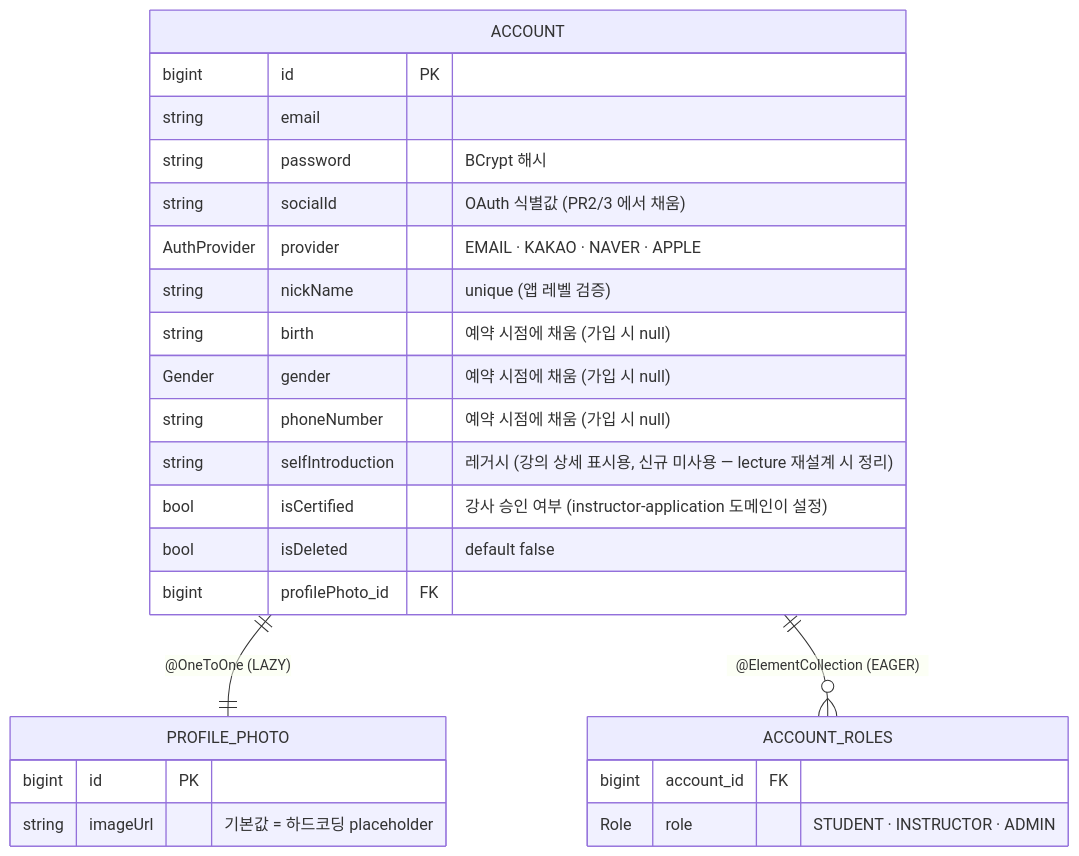
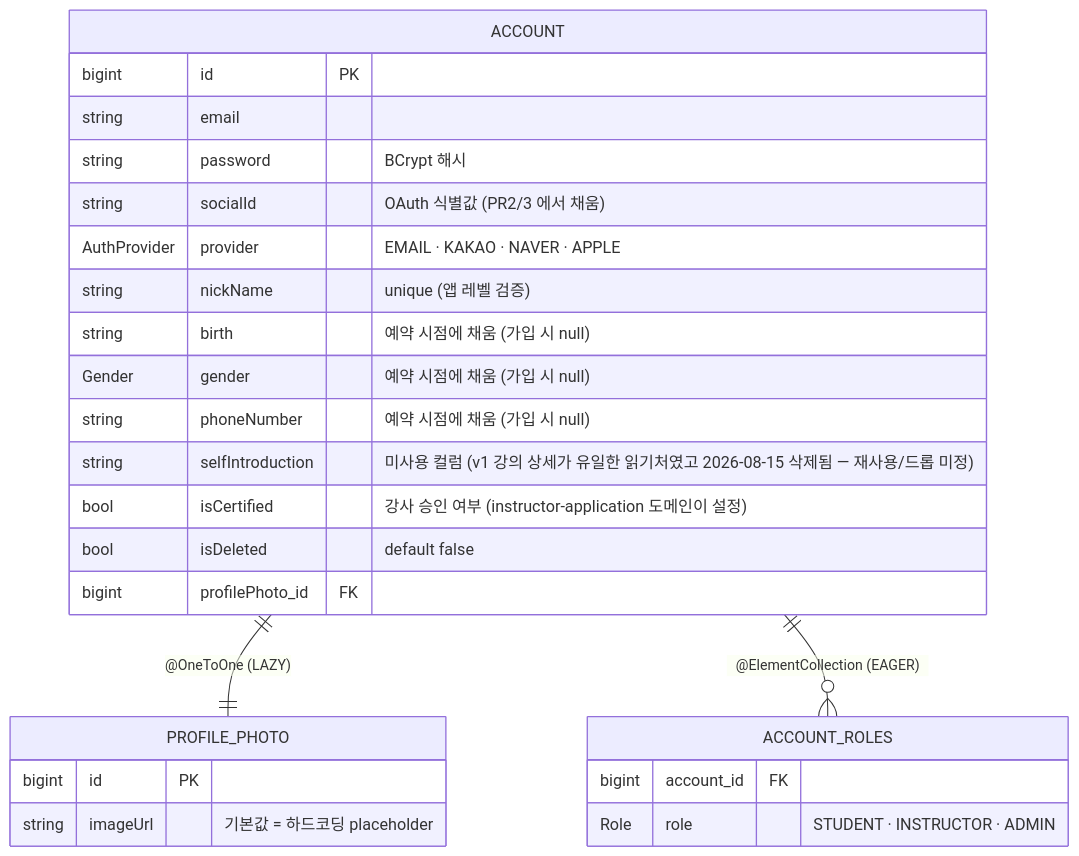
The fifth of 5 diagrams in docs/architecture/sign-up.md (pungdong/Pungdong-Backend), drawn with Mermaid before and after one commit. The commit also changed 19 other files, not shown here.

````diff
--- a/docs/architecture/sign-up.md
+++ b/docs/architecture/sign-up.md
@@ -241,29 +241,29 @@
 ```mermaid
 erDiagram
     ACCOUNT {
         bigint id PK
         string email
         string password "BCrypt 해시"
         string socialId "OAuth 식별값 (PR2/3 에서 채움)"
         AuthProvider provider "EMAIL · KAKAO · NAVER · APPLE"
         string nickName "unique (앱 레벨 검증)"
         string birth "예약 시점에 채움 (가입 시 null)"
         Gender gender "예약 시점에 채움 (가입 시 null)"
         string phoneNumber "예약 시점에 채움 (가입 시 null)"
-        string selfIntroduction "레거시 (강의 상세 표시용, 신규 미사용 — lecture 재설계 시 정리)"
+        string selfIntroduction "미사용 컬럼 (v1 강의 상세가 유일한 읽기처였고 2026-08-15 삭제됨 — 재사용/드롭 미정)"
         bool isCertified "강사 승인 여부 (instructor-application 도메인이 설정)"
         bool isDeleted "default false"
         bigint profilePhoto_id FK
     }
     PROFILE_PHOTO {
         bigint id PK
         string imageUrl "기본값 = 하드코딩 placeholder"
     }
     ACCOUNT_ROLES {
         bigint account_id FK
         Role role "STUDENT · INSTRUCTOR · ADMIN"
     }
 
     ACCOUNT ||--|| PROFILE_PHOTO : "@OneToOne (LAZY)"
     ACCOUNT ||--o{ ACCOUNT_ROLES : "@ElementCollection (EAGER)"
 ```
````
